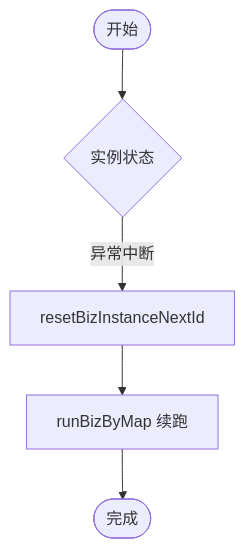
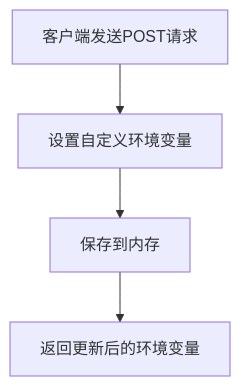
One commit to lk-keep-fighting/logic-solution changed the third of 3 diagrams in .qoder/repowiki/zh/content/API参考/运行时API.md. Above: the diagram before and after it, drawn with Mermaid. The commit also changed other lines of this file and 104 other files, not shown here.

````diff
--- a/.qoder/repowiki/zh/content/API参考/运行时API.md
+++ b/.qoder/repowiki/zh/content/API参考/运行时API.md
@@ -133,7 +227,6 @@
 ```mermaid
 flowchart TD
-Start([开始]) --> CheckStatus{实例状态}
-CheckStatus --> |异常中断| Reset["resetBizInstanceNextId"]
-Reset --> Resume["runBizByMap 续跑"]
-Resume --> End([完成])
+A["客户端发送POST请求"] --> B["设置自定义环境变量"]
+B --> C["保存到内存"]
+C --> D["返回更新后的环境变量"]
 ```
````
